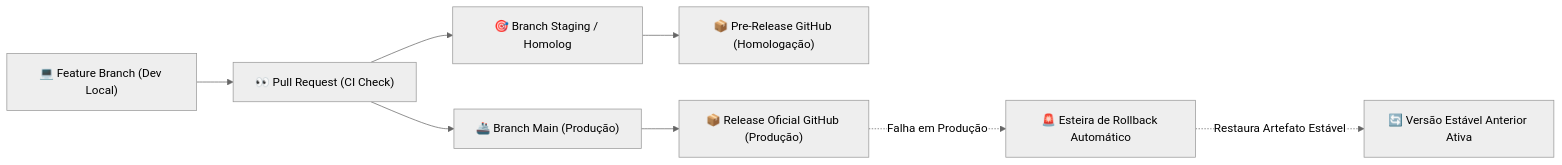
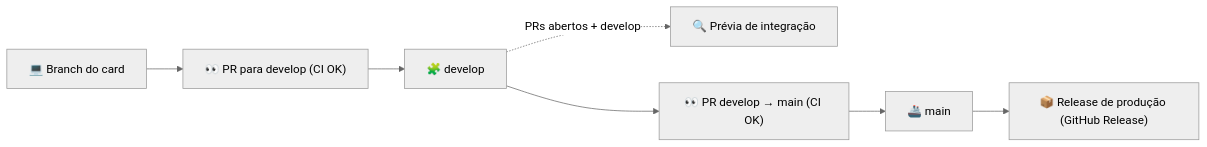
Before and after one commit to ErickHTF/margemAI: the diagram in DEPLOY.md, drawn with Mermaid (neutral theme). The commit also changed other lines of this file and 1 other file, not shown here.

````diff
--- a/DEPLOY.md
+++ b/DEPLOY.md
@@ -9,12 +9,9 @@
 ```mermaid
 flowchart LR
-    DEV["💻 Feature Branch (Dev Local)"] --> PR["👀 Pull Request (CI Check)"]
-    PR --> STG["🎯 Branch Staging / Homolog"]
-    PR --> MAIN["🚢 Branch Main (Produção)"]
-
-    STG --> REL_STG["📦 Pre-Release GitHub (Homologação)"]
-    MAIN --> REL_PROD["📦 Release Oficial GitHub (Produção)"]
-
-    REL_PROD -.->|Falha em Produção| RB["🚨 Esteira de Rollback Automático"]
-    RB -.->|Restaura Artefato Estável| PROD_RESTORE["🔄 Versão Estável Anterior Ativa"]
+    DEV["💻 Branch do card"] --> PR["👀 PR para develop (CI OK)"]
+    PR --> DEVELOP["🧩 develop"]
+    DEVELOP -.->|PRs abertos + develop| PREV["🔍 Prévia de integração"]
+    DEVELOP --> PRMAIN["👀 PR develop → main (CI OK)"]
+    PRMAIN --> MAIN["🚢 main"]
+    MAIN --> REL["📦 Release de produção (GitHub Release)"]
 ```
````
